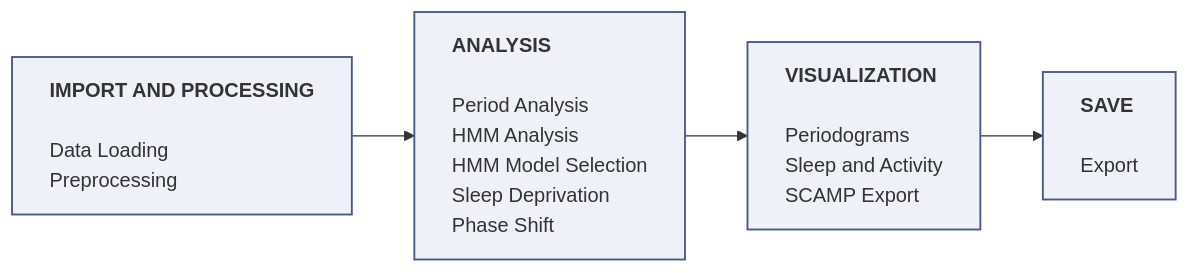
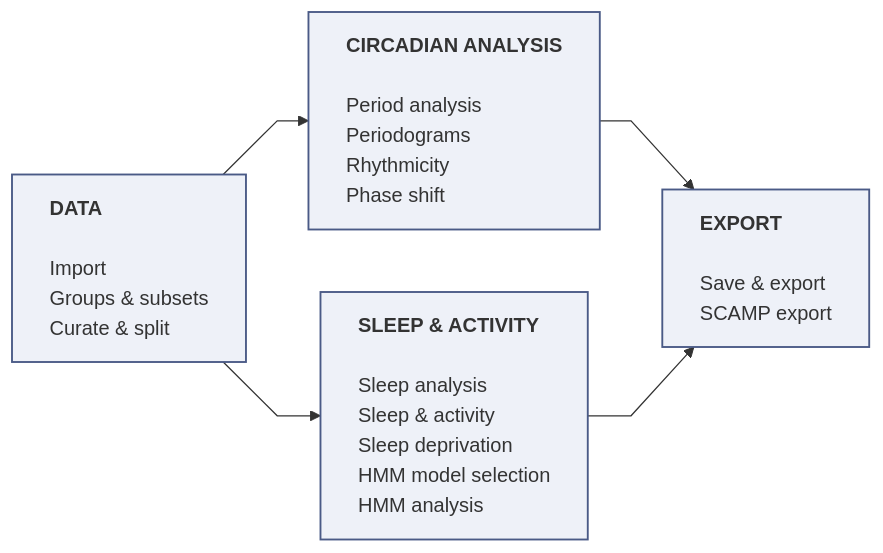
One commit to epetersen-sci/ClockWork changed the diagram in README.md. Above: the diagram before and after it, drawn with Mermaid. The commit also changed other lines of this file and 15 other files, not shown here.

````diff
--- a/README.md
+++ b/README.md
@@ -242,13 +249,14 @@
 ```mermaid
 %%{init: {"flowchart": {"htmlLabels": true, "wrappingWidth": 400, "curve": "linear"}}}%%
 flowchart LR
-    A["<b>IMPORT AND PROCESSING</b><br/><br/>Data Loading<br/>Preprocessing"]
-    B["<b>ANALYSIS</b><br/><br/>Period Analysis<br/>HMM Analysis<br/>HMM Model Selection<br/>Sleep Deprivation<br/>Phase Shift"]
-    C["<b>VISUALIZATION</b><br/><br/>Periodograms<br/>Sleep and Activity<br/>SCAMP Export"]
-    D["<b>SAVE</b><br/><br/>Export"]
+    A["<b>DATA</b><br/><br/>Import<br/>Groups &amp; subsets<br/>Curate &amp; split"]
+    B["<b>CIRCADIAN ANALYSIS</b><br/><br/>Period analysis<br/>Periodograms<br/>Rhythmicity<br/>Phase shift"]
+    C["<b>SLEEP &amp; ACTIVITY</b><br/><br/>Sleep analysis<br/>Sleep &amp; activity<br/>Sleep deprivation<br/>HMM model selection<br/>HMM analysis"]
+    D["<b>EXPORT</b><br/><br/>Save &amp; export<br/>SCAMP export"]
 
-    A --> B --> C --> D
+    A --> B --> D
+    A --> C --> D
 
     classDef sec fill:#eef1f8,stroke:#4a5a86,stroke-width:1.5px,text-align:left
     class A,B,C,D sec
 ```
````
